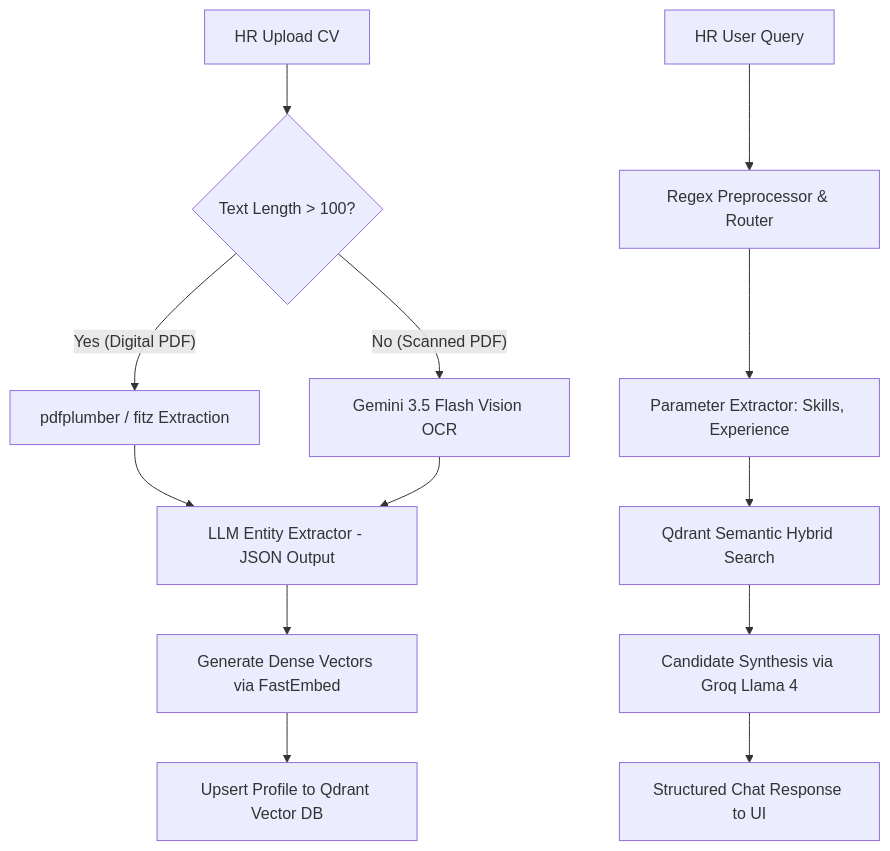
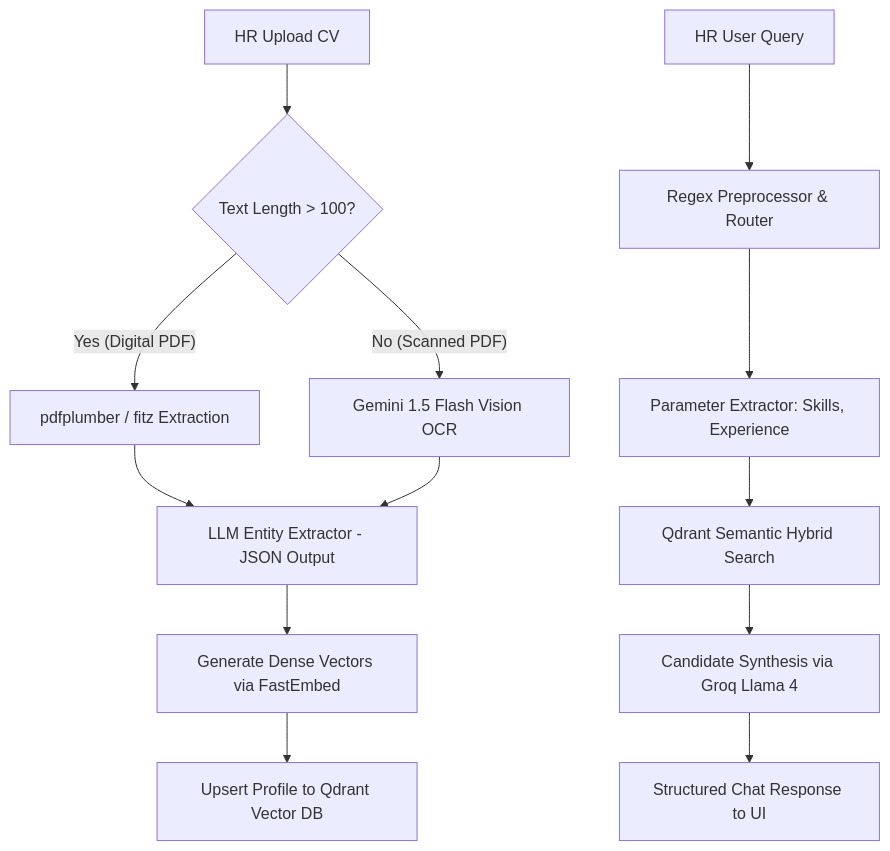
One commit to itsdabao/Resume-Grader changed the diagram in README.md. Above: the diagram before and after it, drawn with Mermaid. The commit also changed other lines of this file, not shown here.

````diff
--- a/README.md
+++ b/README.md
@@ -20,16 +24,16 @@
 ```mermaid
 graph TD
     A[HR Upload CV] --> B{Text Length > 100?}
     B -- Yes (Digital PDF) --> C[pdfplumber / fitz Extraction]
-    B -- No (Scanned PDF) --> D[Gemini 3.5 Flash Vision OCR]
+    B -- No (Scanned PDF) --> D[Gemini 1.5 Flash Vision OCR]
     C --> E[LLM Entity Extractor - JSON Output]
     D --> E
     E --> F[Generate Dense Vectors via FastEmbed]
     F --> G[Upsert Profile to Qdrant Vector DB]
     
     H[HR User Query] --> I[Regex Preprocessor & Router]
     I --> J[Parameter Extractor: Skills, Experience]
     J --> K[Qdrant Semantic Hybrid Search]
     K --> L[Candidate Synthesis via Groq Llama 4]
     L --> M[Structured Chat Response to UI]
 ```
````
